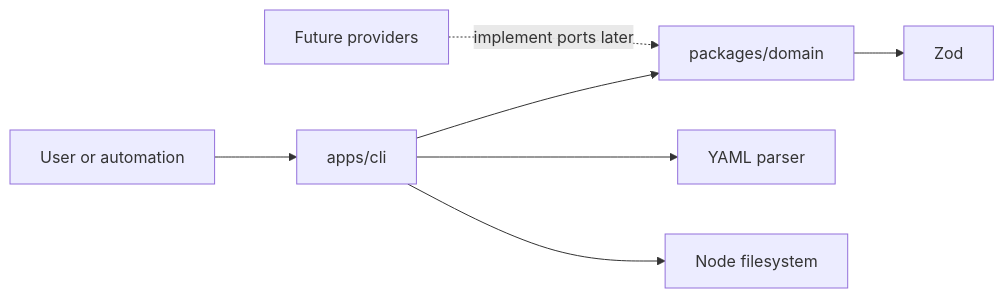
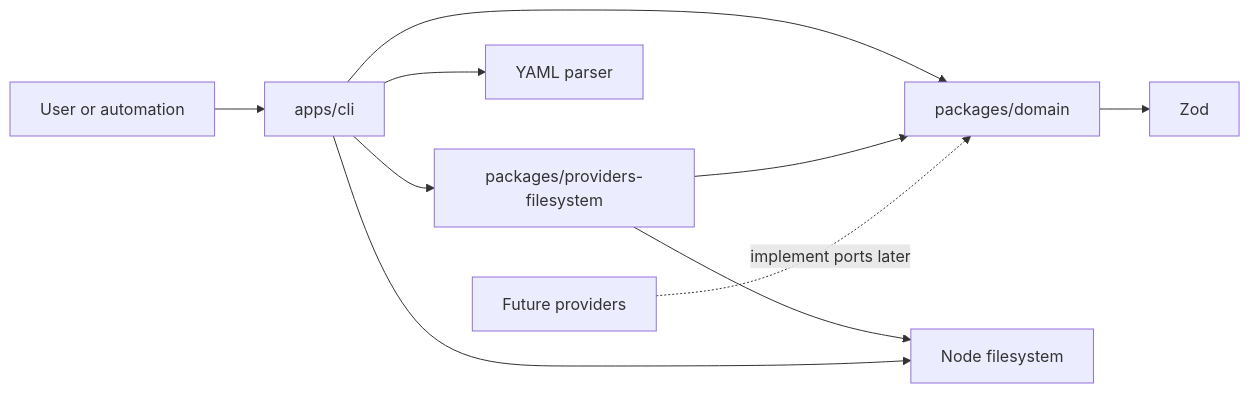
The diagram in docs/architecture/architecture.md (Guldred/CraftCompass), drawn with Mermaid before and after one commit. The commit also changed other lines of this file and 65 other files, not shown here.

````diff
--- a/docs/architecture/architecture.md
+++ b/docs/architecture/architecture.md
@@ -22,17 +25,21 @@
 ```mermaid
 flowchart LR
     USER["User or automation"]
     CLI["apps/cli"]
     DOMAIN["packages/domain"]
+    REPO["packages/providers-filesystem"]
     ZOD["Zod"]
     YAML["YAML parser"]
     FS["Node filesystem"]
     FUTURE["Future providers"]
 
     USER --> CLI
     CLI --> DOMAIN
+    CLI --> REPO
+    REPO --> DOMAIN
+    REPO --> FS
     CLI --> YAML
     CLI --> FS
     DOMAIN --> ZOD
     FUTURE -. "implement ports later" .-> DOMAIN
 ```
````
